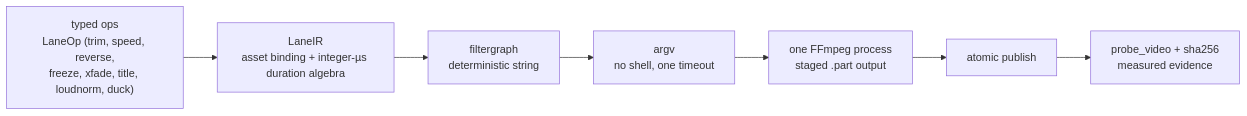
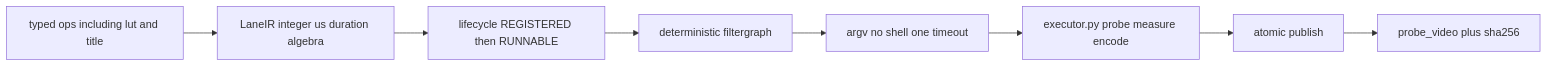
The third of 6 diagrams in docs/architecture/RUNTIME_FLOWS.md (bot523h/nexus-ai-agent), drawn with Mermaid before and after one commit. The commit also changed other lines of this file and 15 other files, not shown here.

First line of the commit message:
Close apply-lane lifecycle: REGISTERED to RUNNABLE, executor-only process.

````diff
--- a/docs/architecture/RUNTIME_FLOWS.md
+++ b/docs/architecture/RUNTIME_FLOWS.md
@@ -98,12 +98,13 @@
 ```mermaid
 flowchart LR
-    ops["typed ops<br/>LaneOp (trim, speed, reverse,<br/>freeze, xfade, title, loudnorm, duck)"]
-    ir["LaneIR<br/>asset binding + integer-µs duration algebra"]
-    fg["filtergraph<br/>deterministic string"]
-    argv["argv<br/>no shell, one timeout"]
-    run["one FFmpeg process<br/>staged .part output"]
+    ops["typed ops including lut and title"]
+    ir["LaneIR integer us duration algebra"]
+    life["lifecycle REGISTERED then RUNNABLE"]
+    fg["deterministic filtergraph"]
+    argv["argv no shell one timeout"]
+    run["executor.py probe measure encode"]
     pub["atomic publish"]
-    ev["probe_video + sha256<br/>measured evidence"]
+    ev["probe_video plus sha256"]
 
-    ops --> ir --> fg --> argv --> run --> pub --> ev
+    ops --> ir --> life --> fg --> argv --> run --> pub --> ev
 ```
````
